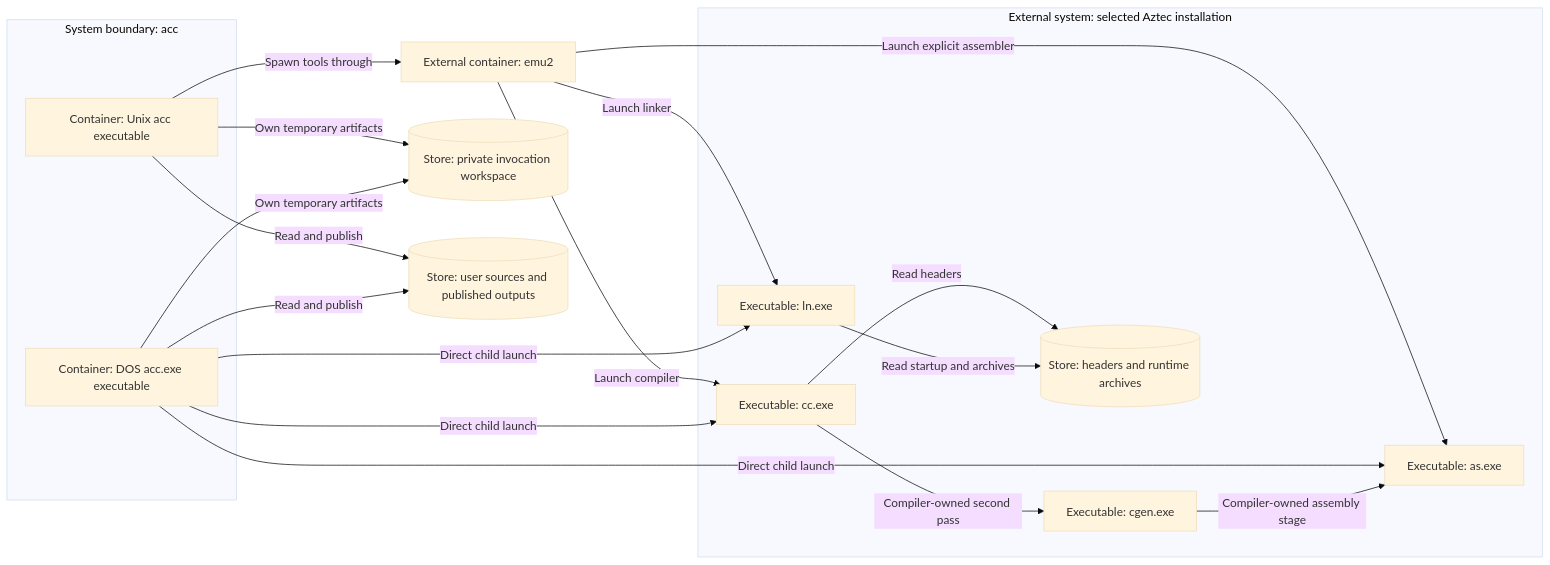
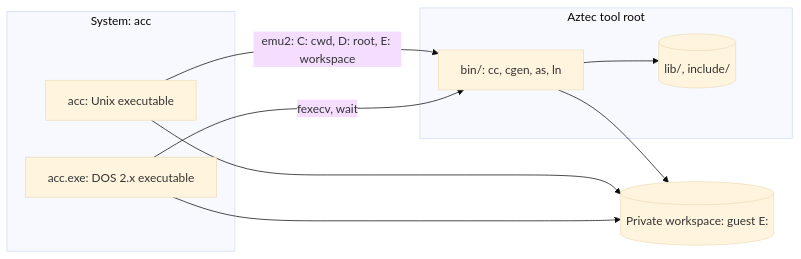
Before and after one commit to tsupplis/cpm86-crossdev: the second of 4 diagrams in src/aztec42-acc/design.md, drawn with Mermaid (base theme). The commit also changed other lines of this file and 26 other files, not shown here.

````diff
--- a/src/aztec42-acc/design.md
+++ b/src/aztec42-acc/design.md
@@ -604,32 +589,18 @@
 ```mermaid
 flowchart LR
-    subgraph ctrSystem["System boundary: acc"]
-        ctrUnix["Container: Unix acc executable"]
-        ctrDos["Container: DOS acc.exe executable"]
+    subgraph sys["System: acc"]
+        unix["acc: Unix executable"]
+        dos["acc.exe: DOS 2.x executable"]
     end
-    ctrEmu["External container: emu2"]
-    subgraph ctrBackend["External system: selected Aztec installation"]
-        ctrCc["Executable: cc.exe"]
-        ctrGen["Executable: cgen.exe"]
-        ctrAs["Executable: as.exe"]
-        ctrLn["Executable: ln.exe"]
-        ctrLib[("Store: headers and runtime archives")]
+    subgraph root["Aztec tool root"]
+        tools["bin/: cc, cgen, as, ln"]
+        lib[("lib/, include/")]
     end
-    ctrWork[("Store: private invocation workspace")]
-    ctrOut[("Store: user sources and published outputs")]
-    ctrUnix -->|"Spawn tools through"| ctrEmu
-    ctrEmu -->|"Launch compiler"| ctrCc
-    ctrEmu -->|"Launch explicit assembler"| ctrAs
-    ctrEmu -->|"Launch linker"| ctrLn
-    ctrDos -->|"Direct child launch"| ctrCc
-    ctrDos -->|"Direct child launch"| ctrAs
-    ctrDos -->|"Direct child launch"| ctrLn
-    ctrCc -->|"Compiler-owned second pass"| ctrGen
-    ctrGen -->|"Compiler-owned assembly stage"| ctrAs
-    ctrCc -->|"Read headers"| ctrLib
-    ctrLn -->|"Read startup and archives"| ctrLib
-    ctrUnix -->|"Own temporary artifacts"| ctrWork
-    ctrDos -->|"Own temporary artifacts"| ctrWork
-    ctrUnix -->|"Read and publish"| ctrOut
-    ctrDos -->|"Read and publish"| ctrOut
+    work[("Private workspace: guest E:")]
+    unix -->|"emu2: C: cwd, D: root, E: workspace"| tools
+    dos -->|"fexecv, wait"| tools
+    tools --> lib
+    tools --> work
+    unix --> work
+    dos --> work
 ```
````
